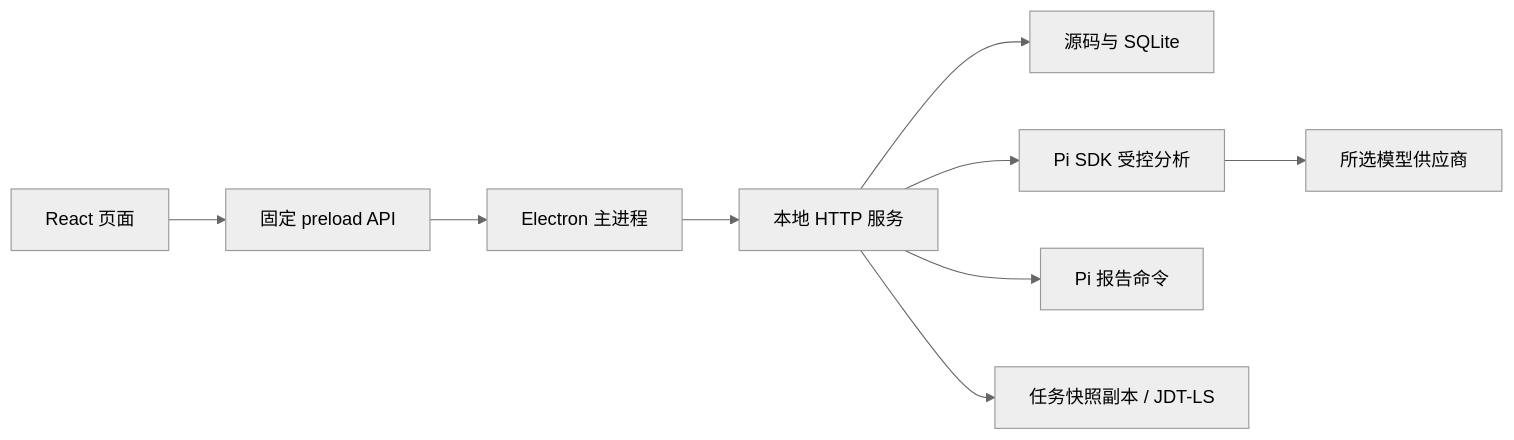
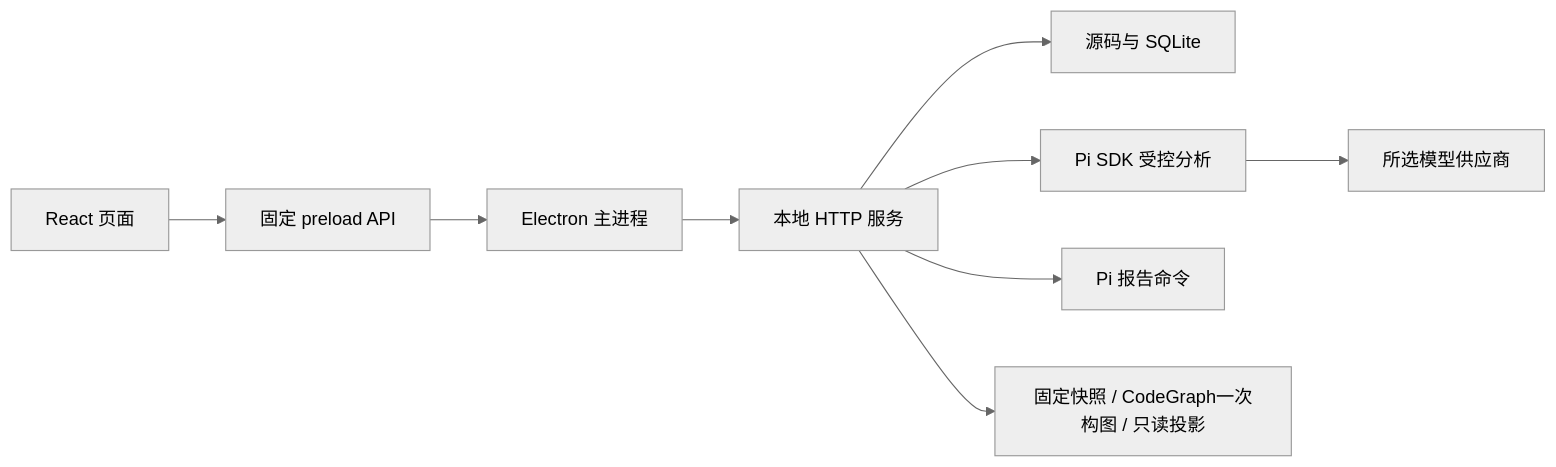
Before and after one commit to YoungsGao/pi-audit-harness: the diagram in docs/technical/01.项目架构与运行.md, drawn with Mermaid (neutral theme). The commit also changed other lines of this file and 391 other files, not shown here.

````diff
--- a/docs/technical/01.项目架构与运行.md
+++ b/docs/technical/01.项目架构与运行.md
@@ -13,11 +15,11 @@
 ```mermaid
 flowchart LR
   R[React 页面] --> P[固定 preload API]
   P --> M[Electron 主进程]
   M --> H[本地 HTTP 服务]
   H --> S[源码与 SQLite]
   H --> A[Pi SDK 受控分析]
   A --> V[所选模型供应商]
   H --> T[Pi 报告命令]
-  H --> J[任务快照副本 / JDT-LS]
+  H --> J[固定快照 / CodeGraph一次构图 / 只读投影]
 ```
````
